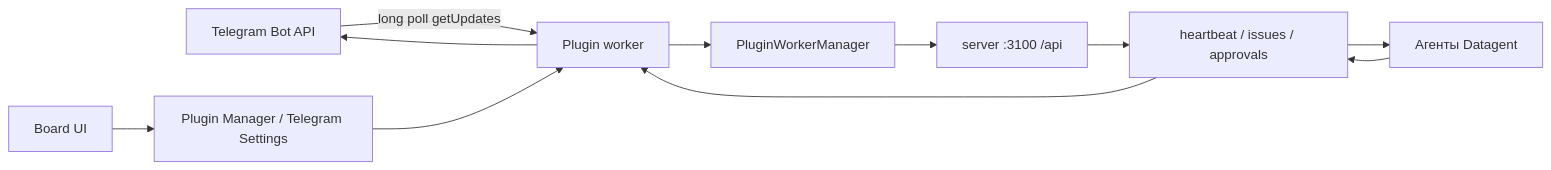
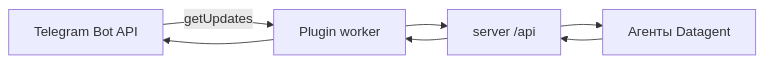
Before and after one commit to Dmitriion/datagent-docs: the diagram in docs/integrations/telegram.md, drawn with Mermaid. The commit also changed other lines of this file and 5 other files, not shown here.

````diff
--- a/docs/integrations/telegram.md
+++ b/docs/integrations/telegram.md
@@ -40,13 +54,9 @@
 ```mermaid
 flowchart LR
-  TG[Telegram Bot API] -->|long poll getUpdates| Worker[Plugin worker]
-  Worker --> PWM[PluginWorkerManager]
-  PWM --> API[server :3100 /api]
-  API --> HB[heartbeat / issues / approvals]
-  HB --> Agent[Агенты Datagent]
-  Agent --> HB
-  HB --> Worker
+  TG[Telegram Bot API] -->|getUpdates| Worker[Plugin worker]
+  Worker --> API[server /api]
+  API --> Agent[Агенты Datagent]
+  Agent --> API
+  API --> Worker
   Worker --> TG
-  Board[Board UI] --> PM[Plugin Manager / Telegram Settings]
-  PM --> Worker
 ```
````
